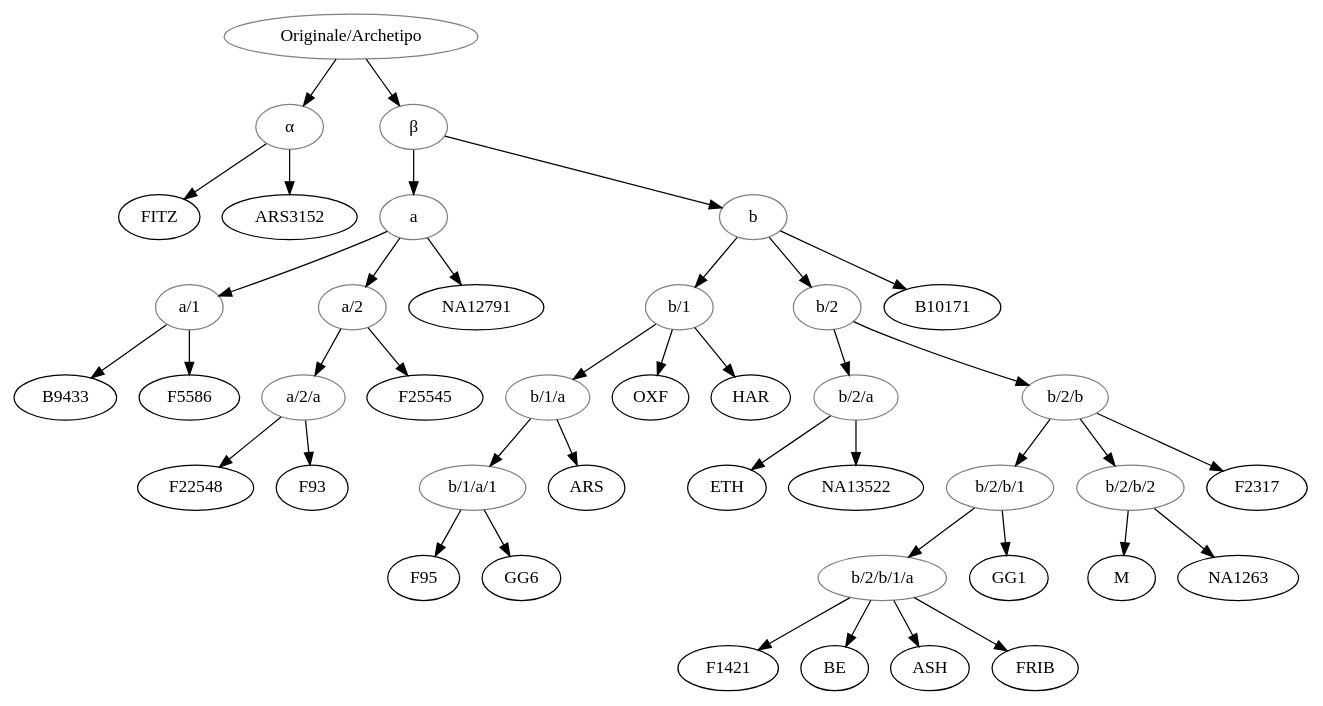
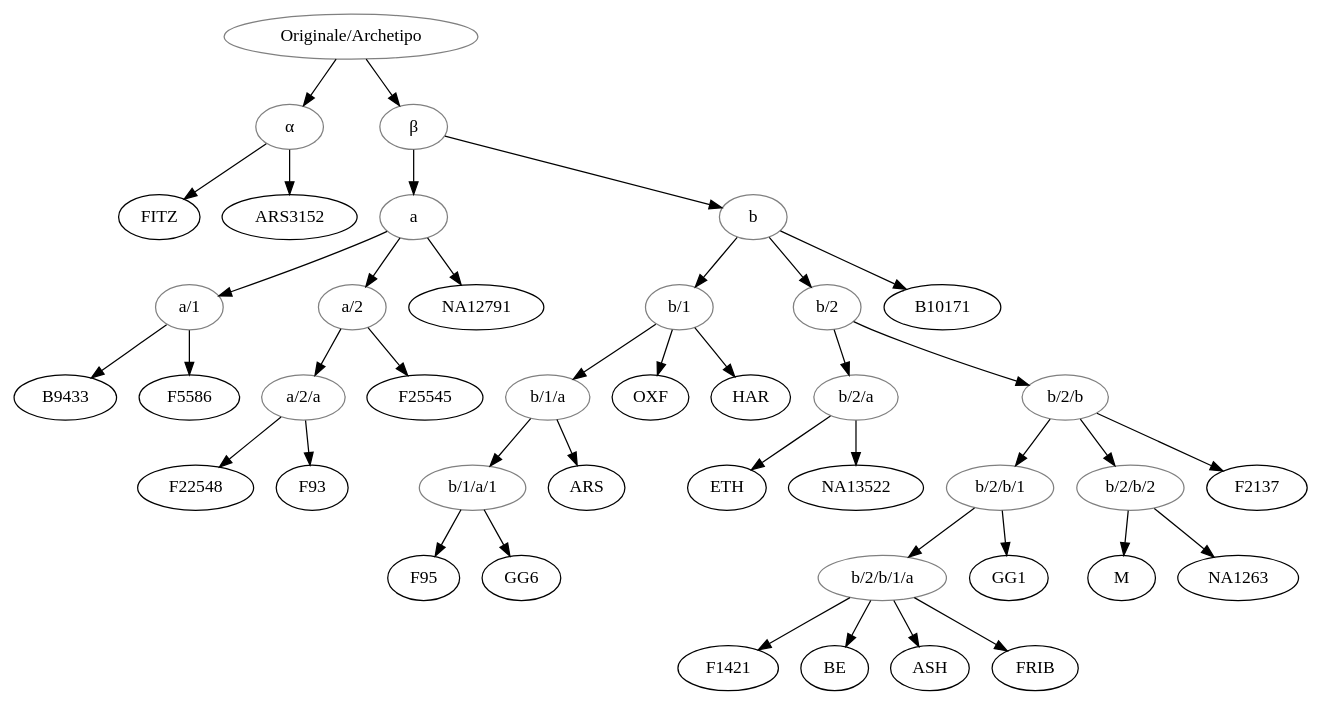
One commit to OpenStemmata/database changed the diagram in data/fro/Coco_2016_SeptSages-A/stemma.gv. Above: the diagram before and after it, drawn with Graphviz.

Commit message:
Minor correction in stemma Coco_2016_SeptSages

```diff
--- a/data/fro/Coco_2016_SeptSages-A/stemma.gv
+++ b/data/fro/Coco_2016_SeptSages-A/stemma.gv
@@ -1,62 +1,62 @@
 digraph {
 
 O[label="Originale/Archetipo", color="grey"];
 alpha[label="α", color="grey"];
 beta[label="β", color="grey"];
 a[color="grey"];
 a1[label="a/1", color="grey"];
 a2[label="a/2", color="grey"];
 a2a[label="a/2/a", color="grey"];
 b[color="grey"];
 b1[label="b/1", color="grey"];
 b1a[label="b/1/a", color="grey"];
 b1a1[label="b/1/a/1", color="grey"];
 b2[label="b/2", color="grey"];
 b2a[label="b/2/a", color="grey"];
 b2b[label="b/2/b", color="grey"];
 b2b1[label="b/2/b/1", color="grey"];
 b2b1a[label="b/2/b/1/a", color="grey"];
 b2b2[label="b/2/b/2", color="grey"];
 
 O->alpha;
 alpha->FITZ;
 alpha->ARS3152;
 O->beta;
 beta->a;
 a->a1;
 a1->B9433;
 a1->F5586;
 a->NA12791;
 a->a2;
 a2->F25545;
 a2->a2a;
 a2a->F22548;
 a2a->F93;
 beta->b;
 b->b1;
 b1->OXF;
 b1->b1a;
 b1a->ARS;
 b1a->b1a1;
 b1a1->F95;
 b1a1->GG6;
 b1->HAR;
 b->B10171;
 b->b2;
 b2->b2a;
 b2a->ETH;
 b2a->NA13522;
 b2->b2b;
-b2b->F2317;
+b2b->F2137;
 b2b->b2b1;
 b2b1->GG1;
 b2b1->b2b1a;
 b2b1a->F1421;
 b2b1a->BE;
 b2b1a->ASH;
 b2b1a->FRIB;
 b2b->b2b2;
 b2b2->M;
 b2b2->NA1263;
 
 }
```
